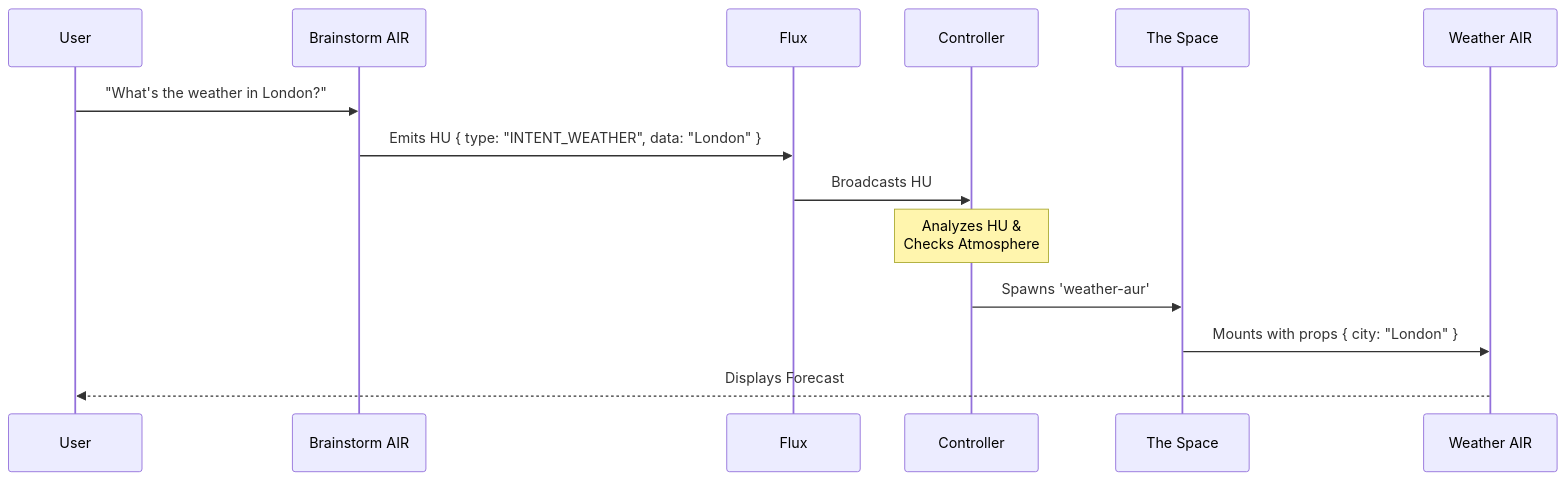
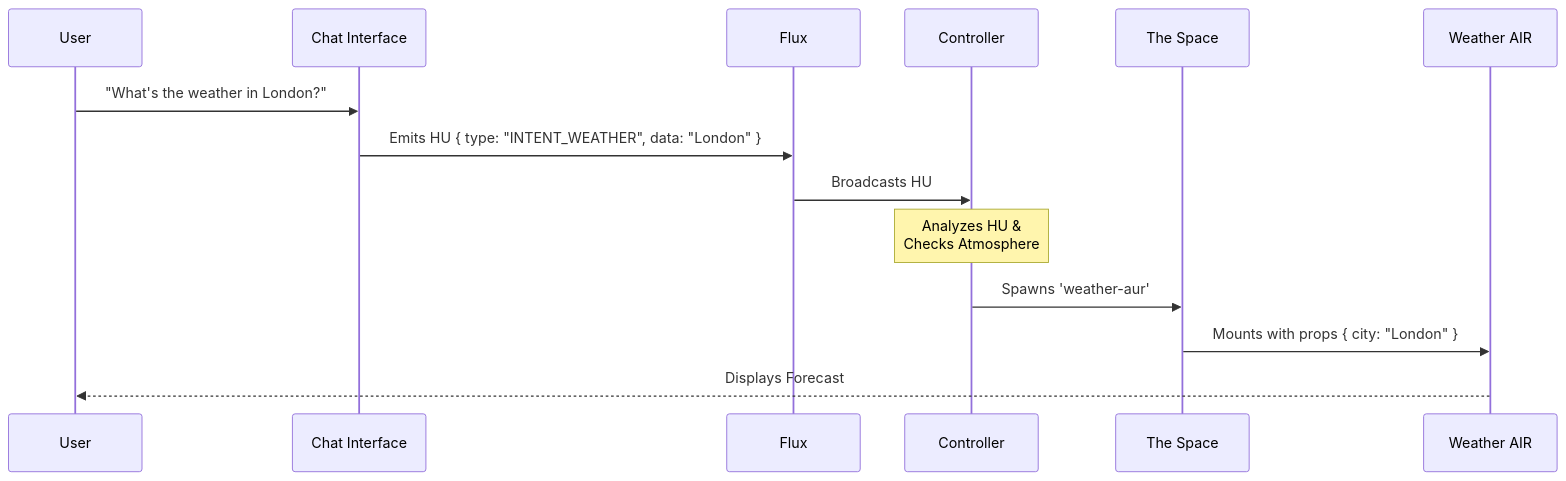
One commit to bahadiri/Aura changed the diagram in documents/Developer-Guide.md. Above: the diagram before and after it, drawn with Mermaid. The commit also changed other lines of this file and 7 other files, not shown here.

````diff
--- a/documents/Developer-Guide.md
+++ b/documents/Developer-Guide.md
@@ -26,17 +26,17 @@
 ```mermaid
 sequenceDiagram
     participant User
-    participant Brainstorm as Brainstorm AIR
+    participant Chat as Chat Interface
     participant Flux as Flux
     participant Controller as Controller
     participant Space as The Space
     participant Weather as Weather AIR
 
-    User->>Brainstorm: "What's the weather in London?"
-    Brainstorm->>Flux: Emits HU { type: "INTENT_WEATHER", data: "London" }
+    User->>Chat: "What's the weather in London?"
+    Chat->>Flux: Emits HU { type: "INTENT_WEATHER", data: "London" }
     Flux->>Controller: Broadcasts HU
     Note over Controller: Analyzes HU &<br/>Checks Atmosphere
     Controller->>Space: Spawns 'weather-aur'
     Space->>Weather: Mounts with props { city: "London" }
     Weather-->>User: Displays Forecast
 ```
````
